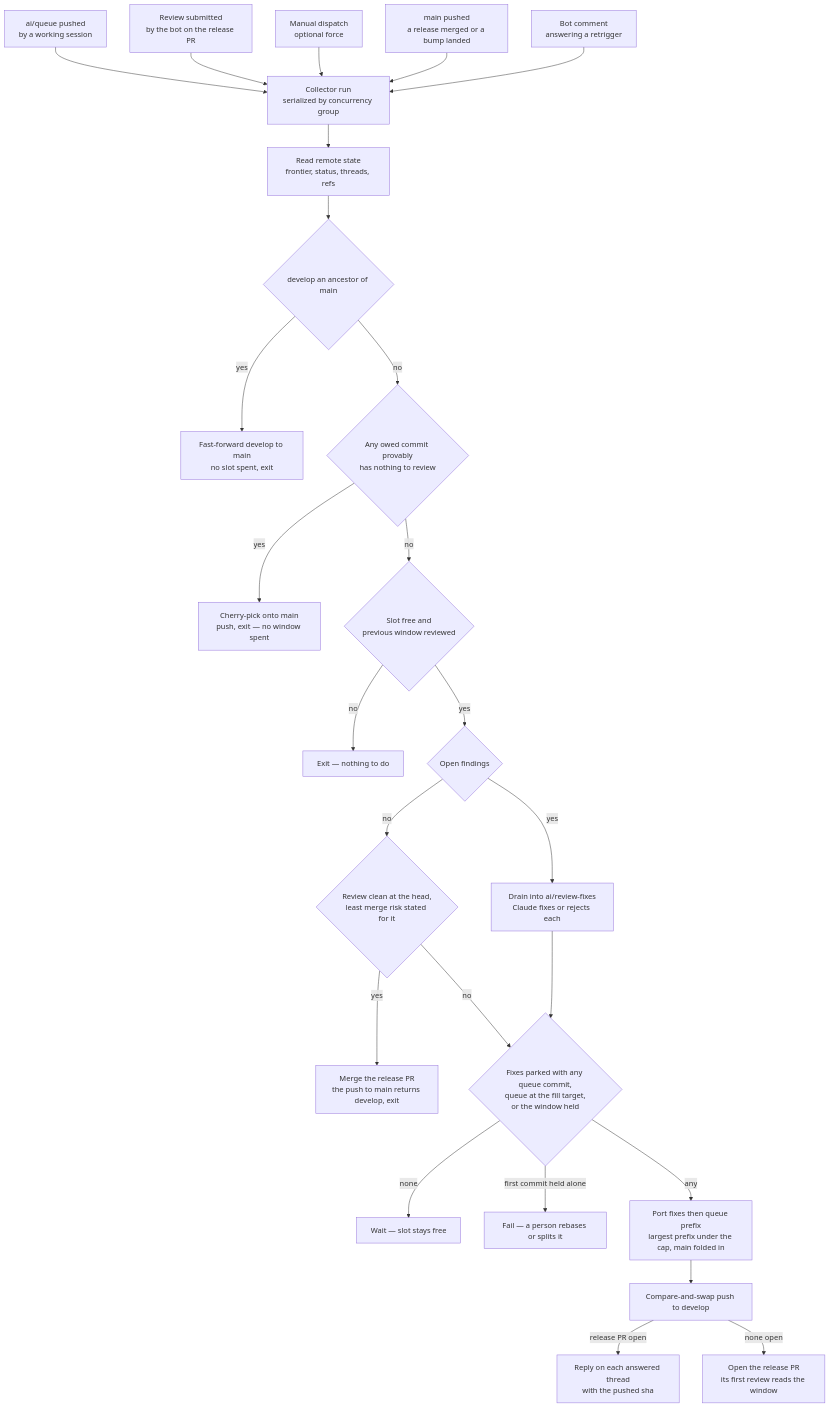
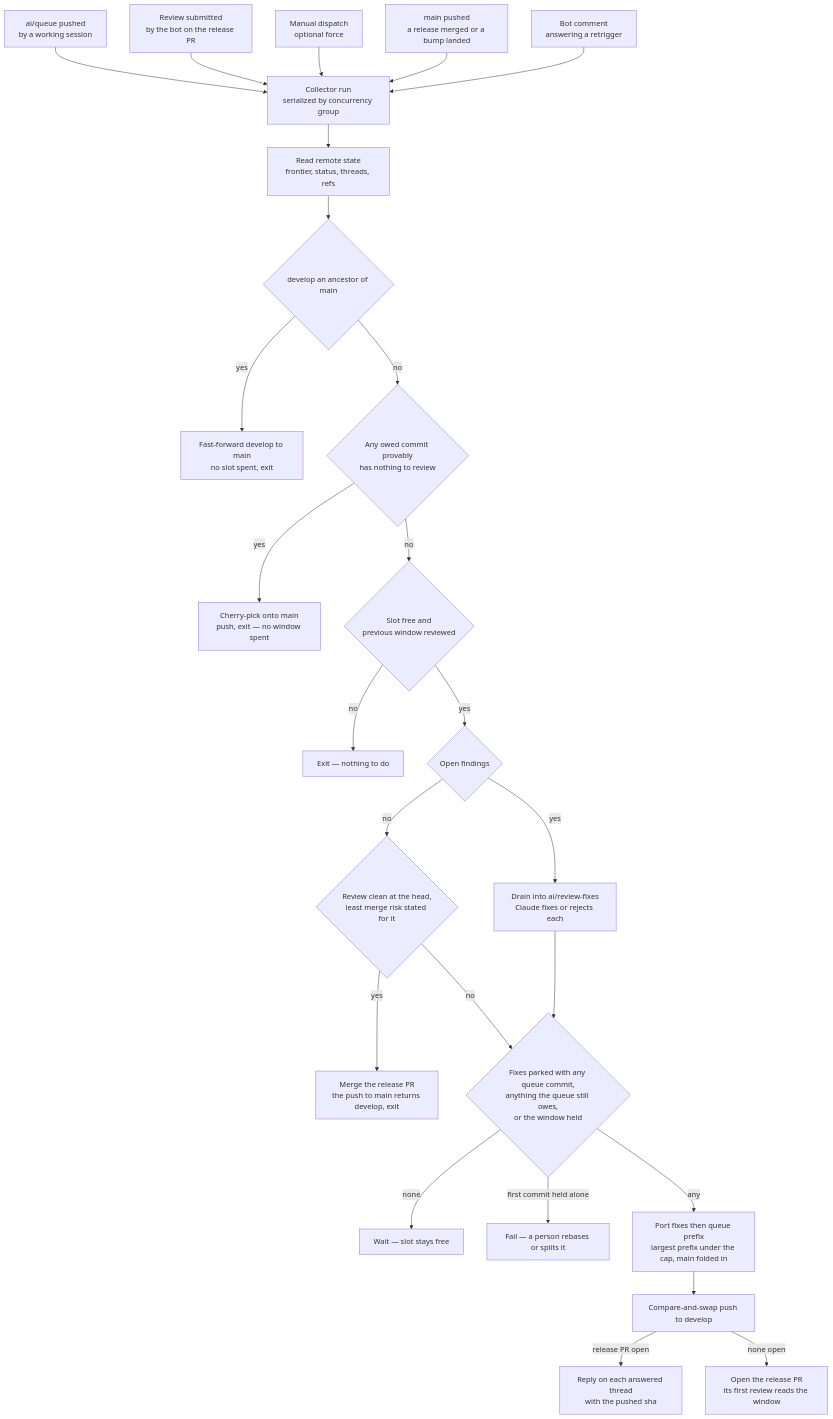
Before and after one commit to Esposter/Esposter: the diagram in apps/web/content/docs/infra/review-collector/index.md, drawn with Mermaid. The commit also changed other lines of this file and 15 other files, not shown here.

````diff
--- a/apps/web/content/docs/infra/review-collector/index.md
+++ b/apps/web/content/docs/infra/review-collector/index.md
@@ -26,27 +26,27 @@
 ```mermaid
 flowchart TD
   A[ai/queue pushed<br/>by a working session] --> C
   F[Review submitted<br/>by the bot on the release PR] --> C
   D[Manual dispatch<br/>optional force] --> C
   MN[main pushed<br/>a release merged or a bump landed] --> C
   CM[Bot comment<br/>answering a retrigger] --> C
   C[Collector run<br/>serialized by concurrency group] --> R[Read remote state<br/>frontier, status, threads, refs]
   R --> RS{develop an ancestor of main}
   RS -->|yes| FF[Fast-forward develop to main<br/>no slot spent, exit]
   RS -->|no| E{Any owed commit provably<br/>has nothing to review}
   E -->|yes| EX[Cherry-pick onto main<br/>push, exit — no window spent]
   E -->|no| G{Slot free and<br/>previous window reviewed}
   G -->|no| X[Exit — nothing to do]
   G -->|yes| O{Open findings}
   O -->|yes| DR[Drain into ai/review-fixes<br/>Claude fixes or rejects each]
   O -->|no| CL{Review clean at the head,<br/>least merge risk stated for it}
   CL -->|yes| MG[Merge the release PR<br/>the push to main returns develop, exit]
   CL -->|no| P
-  DR --> P{Fixes parked with any queue commit,<br/>queue at the fill target,<br/>or the window held}
+  DR --> P{Fixes parked with any queue commit,<br/>anything the queue still owes,<br/>or the window held}
   P -->|none| PK[Wait — slot stays free]
   P -->|first commit held alone| FL[Fail — a person rebases or splits it]
   P -->|any| W[Port fixes then queue prefix<br/>largest prefix under the cap, main folded in]
   W --> PU[Compare-and-swap push to develop]
   PU -->|release PR open| RP[Reply on each answered thread<br/>with the pushed sha]
   PU -->|none open| OP[Open the release PR<br/>its first review reads the window]
 ```
````
